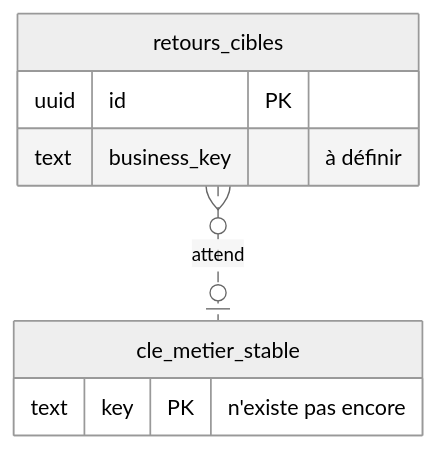
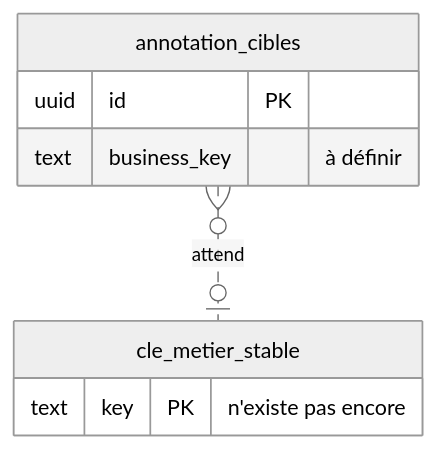
Before and after one commit to rhanka/radar-immobilier: diagram 11 of 20 in docs/spec/reports/dossier-retours-steve/DOSSIER_DECISION_RETOURS_STEVE_2026-10-03.md, drawn with Mermaid (neutral theme). The commit also changed other lines of this file and 41 other files, not shown here.

First line of the commit message:
docs(dossier-steve): architecture des données, annotations vivantes, D1 actée par l'owner

````diff
--- a/docs/spec/reports/dossier-retours-steve/DOSSIER_DECISION_RETOURS_STEVE_2026-10-03.md
+++ b/docs/spec/reports/dossier-retours-steve/DOSSIER_DECISION_RETOURS_STEVE_2026-10-03.md
@@ -1074,11 +1171,11 @@
 ```mermaid
 erDiagram
-    retours_cibles }o..o| cle_metier_stable : attend
-    retours_cibles {
+    annotation_cibles }o..o| cle_metier_stable : attend
+    annotation_cibles {
       uuid id PK
       text business_key "à définir"
     }
     cle_metier_stable {
       text key PK "n'existe pas encore"
     }
 ```
````
